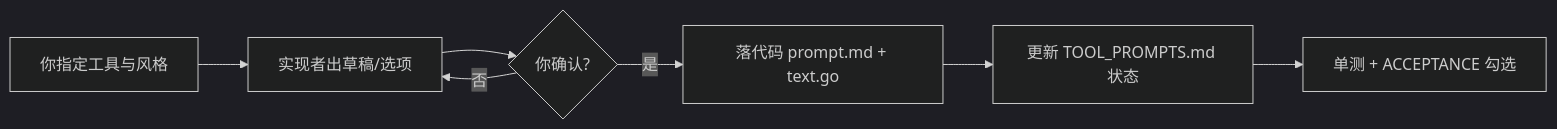
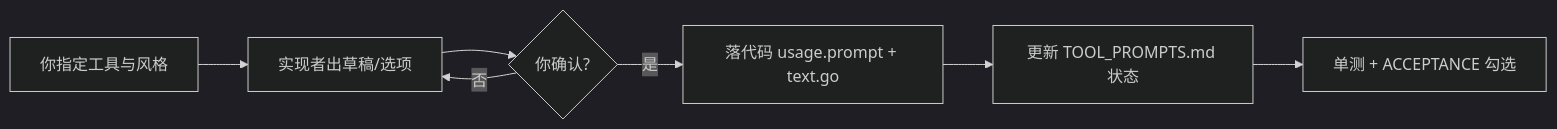
One commit to wzhejunqiu/ds-code changed the diagram in docs/v0.1.4/REQUIREMENTS.md. Above: the diagram before and after it, drawn with Mermaid (dark theme). The commit also changed other lines of this file and 10 other files, not shown here.

First line of the commit message:
refactor(tools): standardize builtin Description on usage.prompt

````diff
--- a/docs/v0.1.4/REQUIREMENTS.md
+++ b/docs/v0.1.4/REQUIREMENTS.md
@@ -20,9 +20,9 @@
 ```mermaid
 flowchart LR
   A[你指定工具与风格] --> B[实现者出草稿/选项]
   B --> C{你确认?}
   C -->|否| B
-  C -->|是| D[落代码 prompt.md + text.go]
+  C -->|是| D[落代码 usage.prompt + text.go]
   D --> E[更新 TOOL_PROMPTS.md 状态]
   E --> F[单测 + ACCEPTANCE 勾选]
 ```
````
